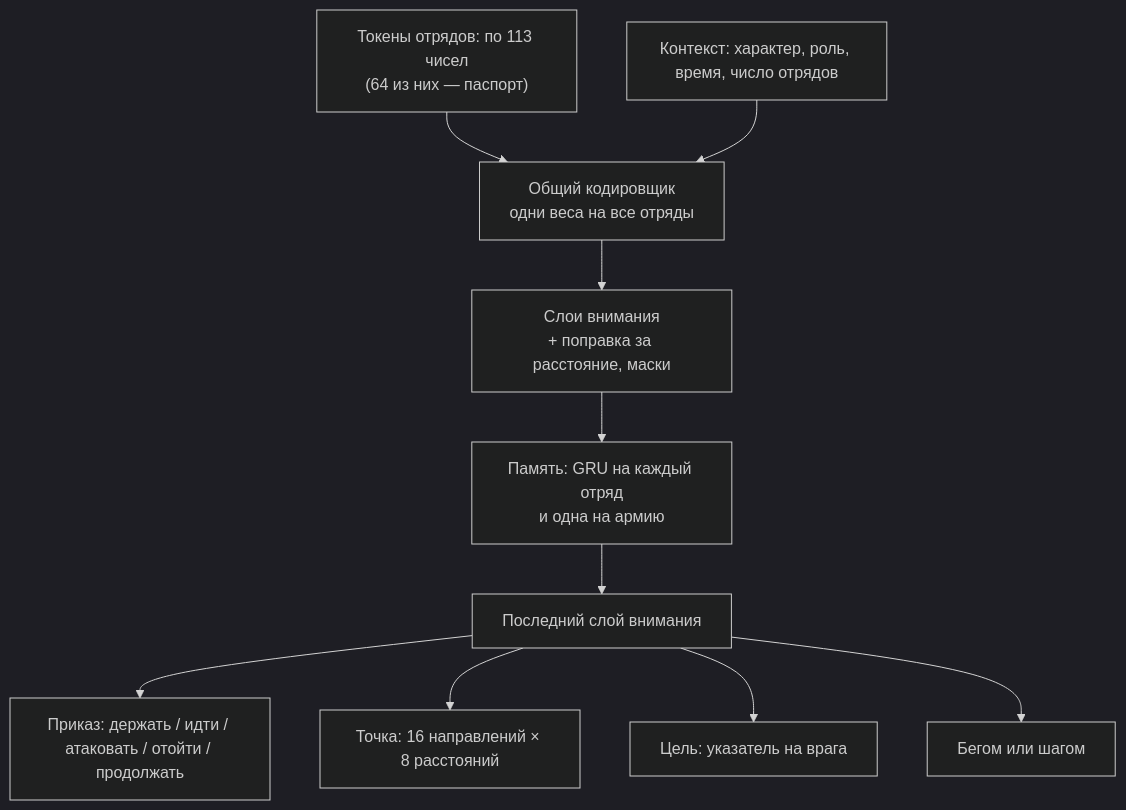
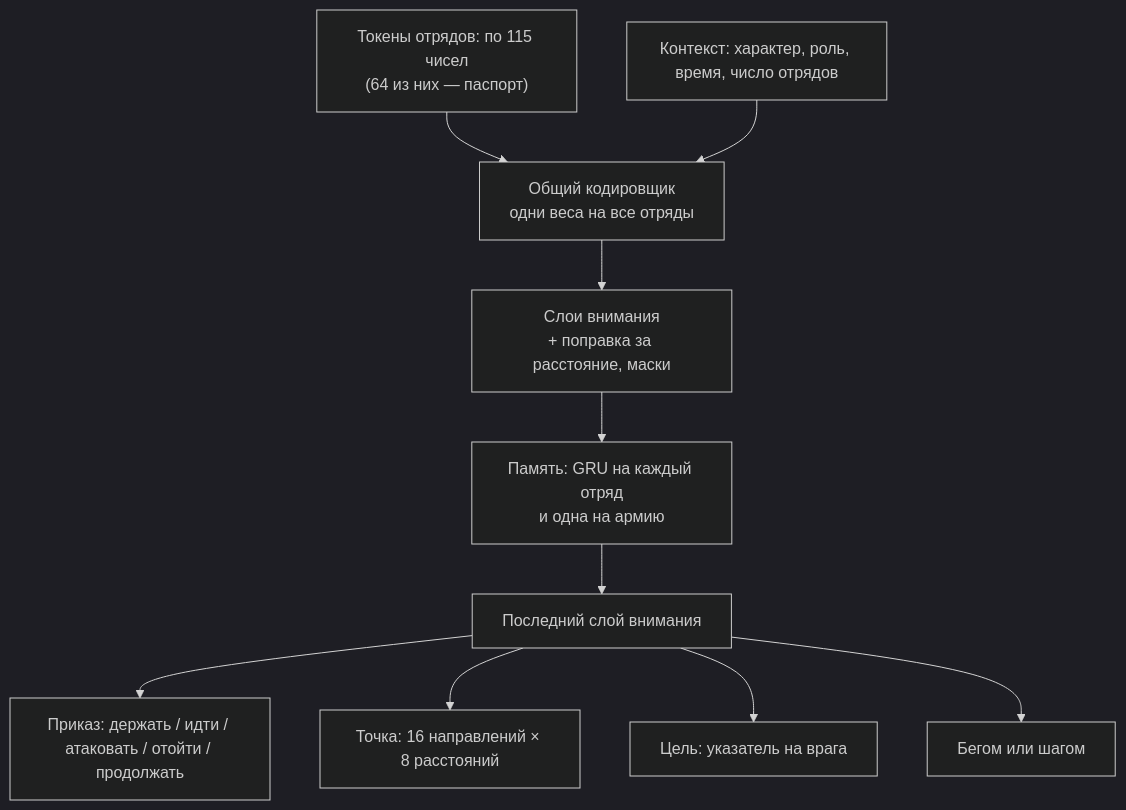
One commit to DimaZero7/TWW3-batle-ai changed the second of 2 diagrams in docs/ru/training/model.md. Above: the diagram before and after it, drawn with Mermaid (dark theme). The commit also changed other lines of this file and 67 other files, not shown here.

````diff
--- a/docs/ru/training/model.md
+++ b/docs/ru/training/model.md
@@ -81,12 +83,12 @@
 ```mermaid
 flowchart TB
-  tok["Токены отрядов: по 113 чисел<br/>(64 из них — паспорт)"] --> enc["Общий кодировщик<br/>одни веса на все отряды"]
+  tok["Токены отрядов: по 115 чисел<br/>(64 из них — паспорт)"] --> enc["Общий кодировщик<br/>одни веса на все отряды"]
   ctx["Контекст: характер, роль, время, число отрядов"] --> enc
   enc --> att["Слои внимания<br/>+ поправка за расстояние, маски"]
   att --> gru["Память: GRU на каждый отряд<br/>и одна на армию"]
   gru --> last["Последний слой внимания"]
   last --> kind["Приказ: держать / идти / атаковать / отойти / продолжать"]
   last --> point["Точка: 16 направлений × 8 расстояний"]
   last --> ptr["Цель: указатель на врага"]
   last --> run["Бегом или шагом"]
 ```
````
